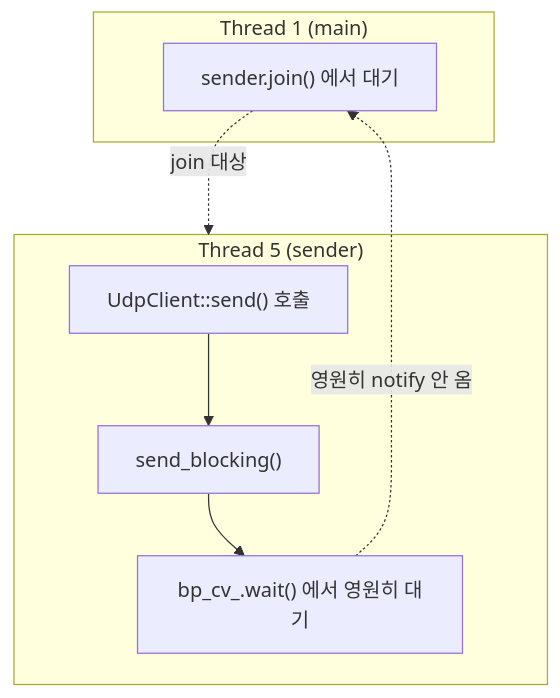
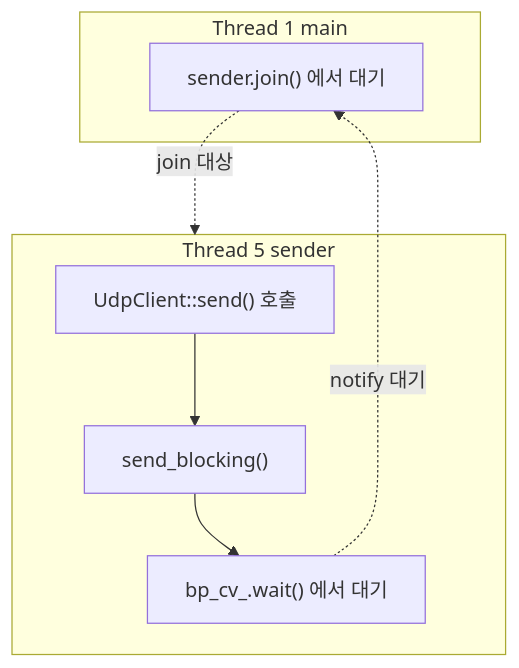
The fourth of 5 diagrams in src/content/blog/2026-07-02-unilink-udp-backpressure-데드락-트러블슈팅.md (jwsung91/jwsung91.github.io), drawn with Mermaid before and after one commit. The commit also changed other lines of this file, not shown here.

````diff
--- a/src/content/blog/2026-07-02-unilink-udp-backpressure-데드락-트러블슈팅.md
+++ b/src/content/blog/2026-07-02-unilink-udp-backpressure-데드락-트러블슈팅.md
@@ -80,13 +120,13 @@
 ```mermaid
 flowchart TD
-    subgraph Main["Thread 1 (main)"]
+    subgraph Main["Thread 1 main"]
         A["sender.join() 에서 대기"]
     end
-    subgraph Sender["Thread 5 (sender)"]
+    subgraph Sender["Thread 5 sender"]
         B["UdpClient::send() 호출"]
         B --> C["send_blocking()"]
-        C --> D["bp_cv_.wait() 에서 영원히 대기"]
+        C --> D["bp_cv_.wait() 에서 대기"]
     end
     A -.->|"join 대상"| Sender
-    D -.->|"영원히 notify 안 옴"| A
+    D -.->|"notify 대기"| A
 ```
````
